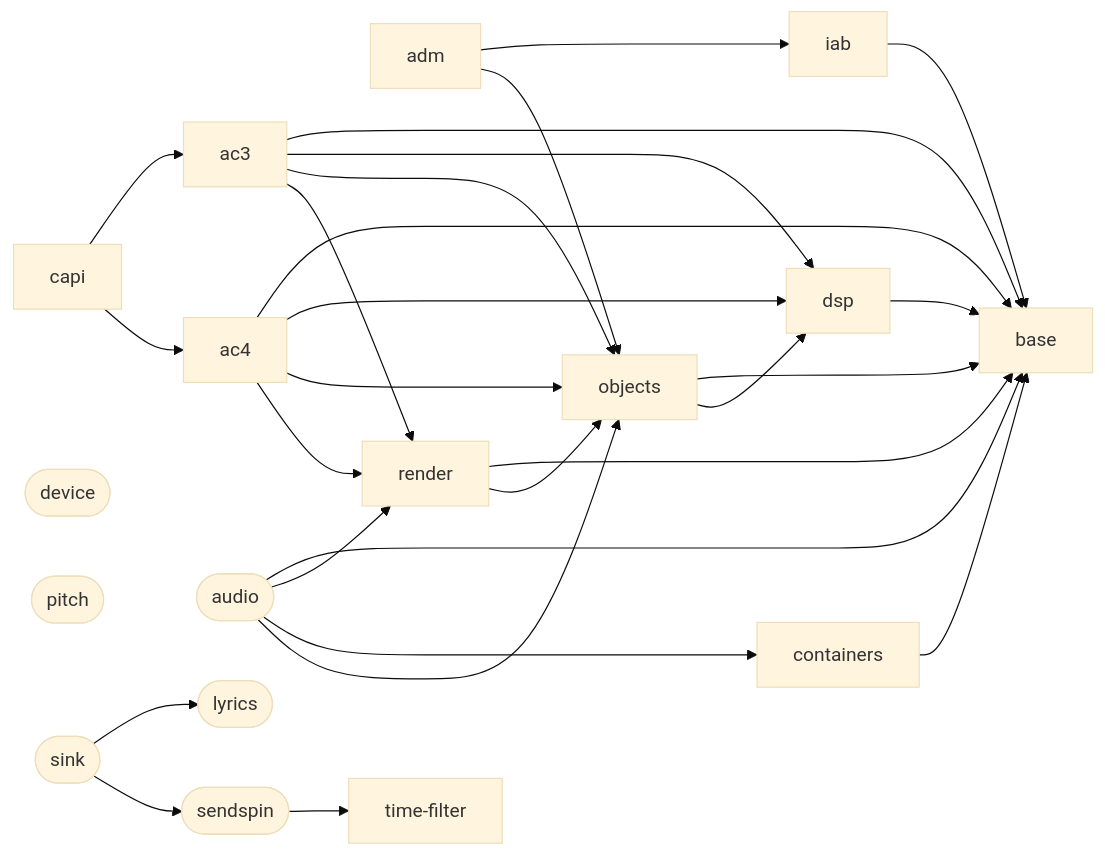
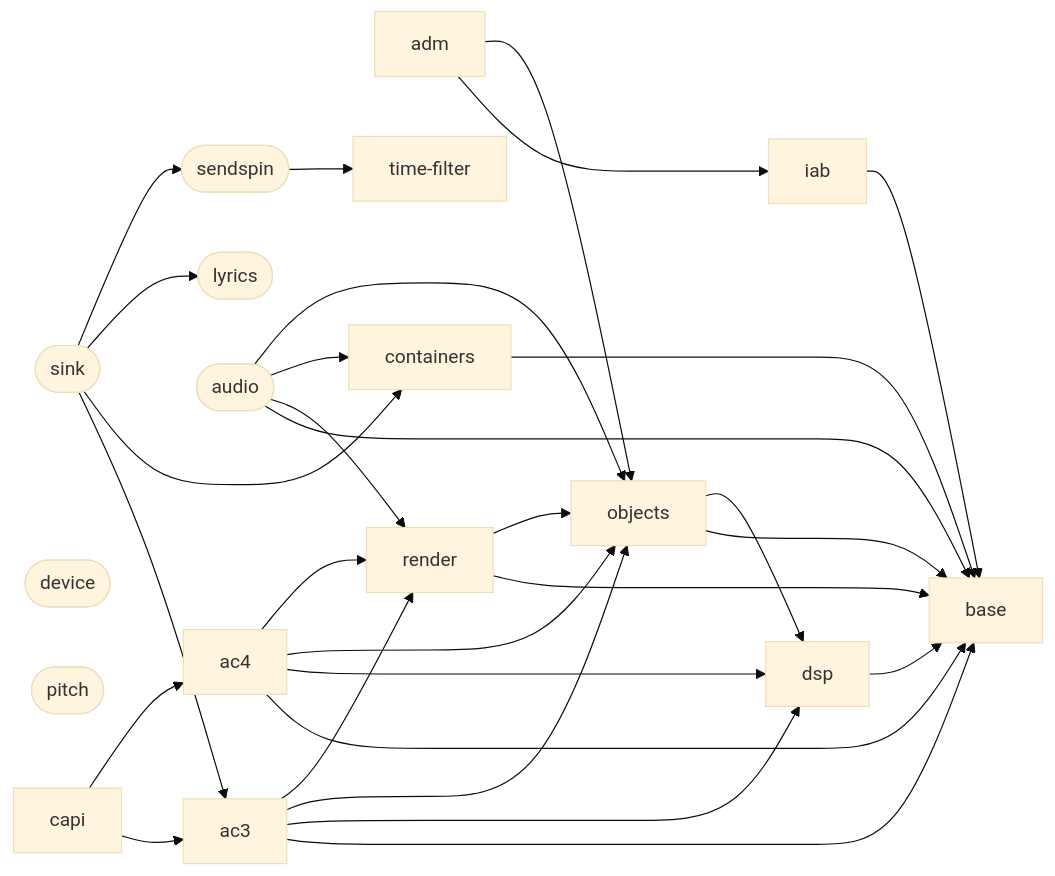
One commit to iainchesworthlabs/iclforge changed the diagram in docs/projects.md. Above: the diagram before and after it, drawn with Mermaid (base theme). The commit also changed other lines of this file and 26 other files, not shown here.

````diff
--- a/docs/projects.md
+++ b/docs/projects.md
@@ -104,46 +104,48 @@
 ```mermaid
 flowchart LR
     ac3["ac3"]
     ac4["ac4"]
     adm["adm"]
     audio(["audio"])
     base["base"]
     capi["capi"]
     containers["containers"]
     device(["device"])
     dsp["dsp"]
     iab["iab"]
     lyrics(["lyrics"])
     objects["objects"]
     pitch(["pitch"])
     render["render"]
     sendspin(["sendspin"])
     sink(["sink"])
     time_filter["time-filter"]
     ac3 --> base
     ac3 --> dsp
     ac3 --> objects
     ac3 --> render
     ac4 --> base
     ac4 --> dsp
     ac4 --> objects
     ac4 --> render
     adm --> iab
     adm --> objects
     audio --> base
     audio --> render
     audio --> containers
     audio --> objects
     capi --> ac3
     capi --> ac4
     containers --> base
     dsp --> base
     iab --> base
     objects --> base
     objects --> dsp
     render --> base
     render --> objects
     sendspin --> time_filter
+    sink --> ac3
+    sink --> containers
     sink --> lyrics
     sink --> sendspin
 ```
````
